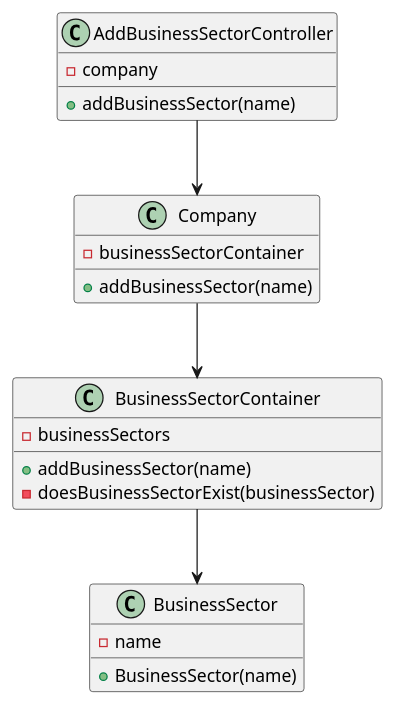
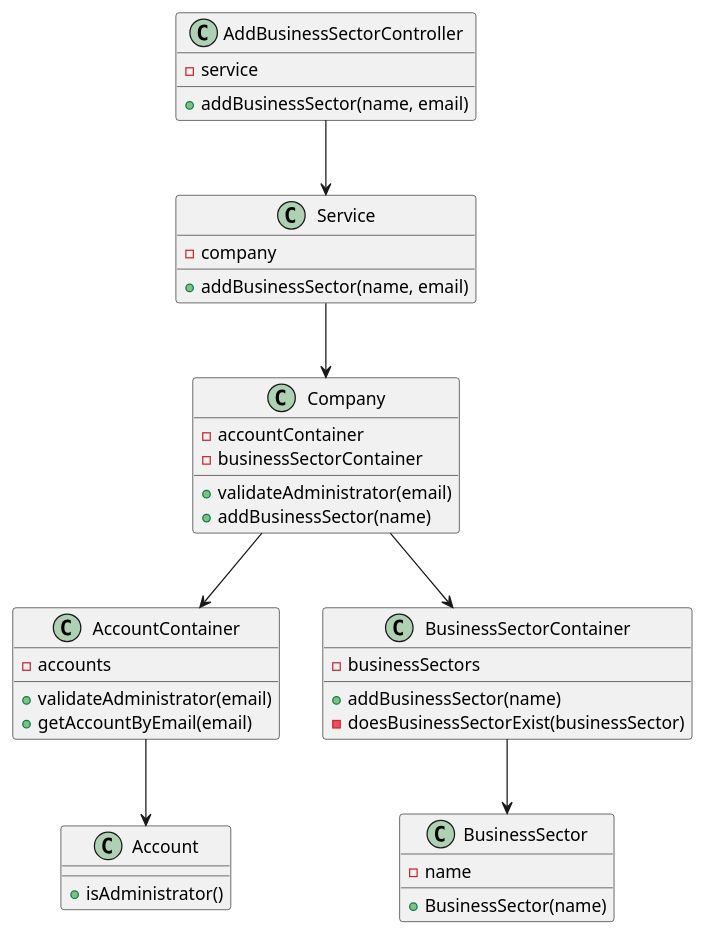
The diagram in docs/modelling_design/user_stories/us008/US008_classDiagram.puml (Loracline/project_switch_22-23), drawn with PlantUML before and after one commit. The commit also changed 3 other files, not shown here.

Commit message:
US008 | Sequence Diagram v2 & Class Diagram v1 | Adding Service layer to perform validation of profile

```diff
--- a/docs/modelling_design/user_stories/us008/US008_classDiagram.puml
+++ b/docs/modelling_design/user_stories/us008/US008_classDiagram.puml
@@ -1,29 +1,49 @@
 @startuml
 'https://plantuml.com/class-diagram
 
 class AddBusinessSectorController {
+-service
++addBusinessSector(name, email)
+}
+
+class Service {
 -company
++addBusinessSector(name, email)
+}
+
+class Company {
+-accountContainer
+-businessSectorContainer
++validateAdministrator(email)
 +addBusinessSector(name)
 }
 
-class Company {
--businessSectorContainer
-+addBusinessSector(name)
+class AccountContainer {
+-accounts
++validateAdministrator(email)
++getAccountByEmail(email)
+}
+
+class Account {
++isAdministrator()
 }
 
 class BusinessSectorContainer {
 -businessSectors
 +addBusinessSector(name)
 -doesBusinessSectorExist(businessSector)
 }
 
 class BusinessSector {
 -name
 +BusinessSector(name)
 }
 
-AddBusinessSectorController --> Company
+AddBusinessSectorController --> Service
+Service --> Company
+Company --> AccountContainer
+AccountContainer --> Account
 Company --> BusinessSectorContainer
 BusinessSectorContainer --> BusinessSector
 
 @enduml
```
